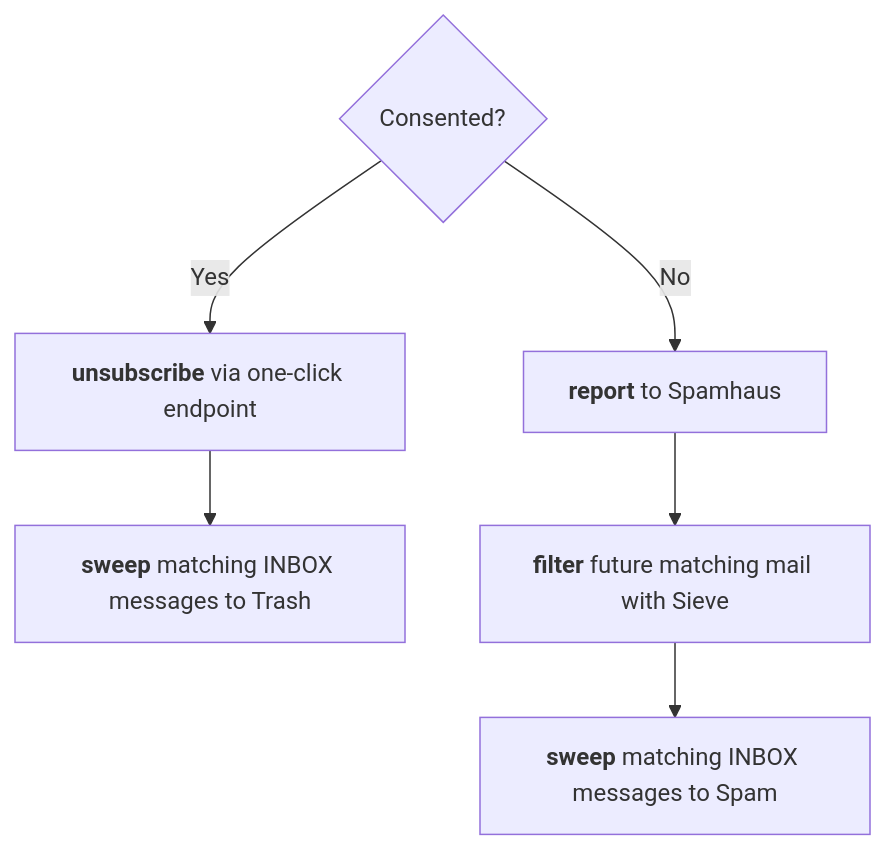
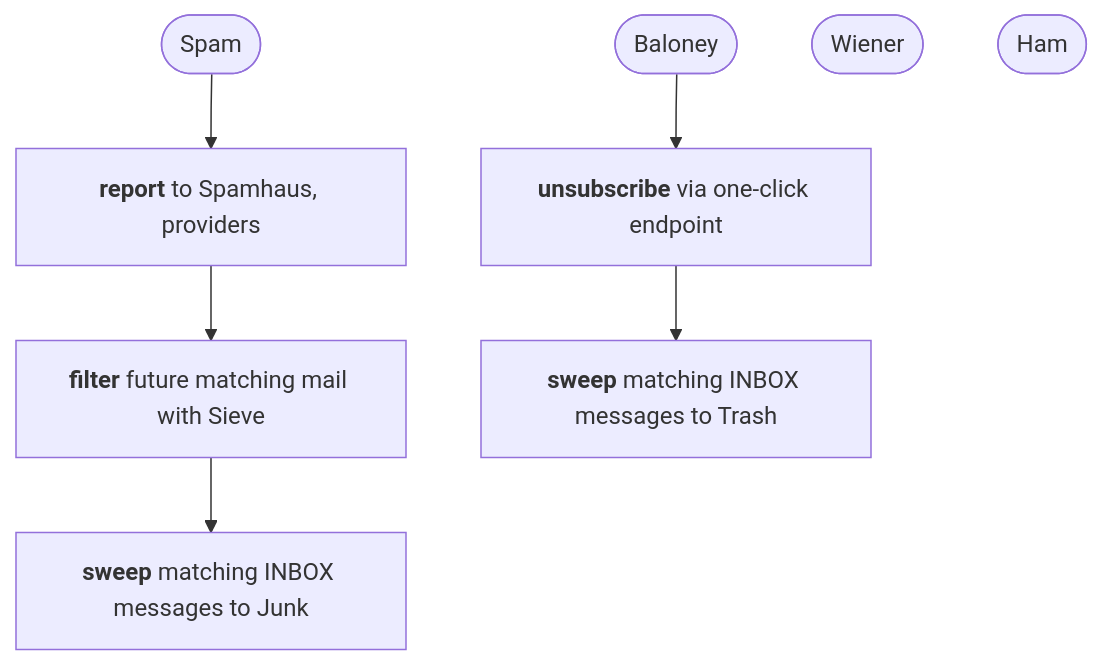
One commit to biobuddies/spamhammer changed the diagram in README.md. Above: the diagram before and after it, drawn with Mermaid. The commit also changed other lines of this file and 7 other files, not shown here.

First line of the commit message:
Sort mail into meats; sweep spam to Junk

````diff
--- a/README.md
+++ b/README.md
@@ -1,9 +1,10 @@
 ```mermaid
 flowchart TD
-    consent{Consented?}
-    consent -->|Yes| unsubscribe["`**unsubscribe** via one-click endpoint`"]
-    consent -->|No| report["`**report** to Spamhaus`"]
+    spam([Spam]) --> report["`**report** to Spamhaus, providers`"]
+    report --> filter["`**filter** future matching mail with Sieve`"]
+    filter --> junk["`**sweep** matching INBOX messages to Junk`"]
+    baloney([Baloney]) --> unsubscribe["`**unsubscribe** via one-click endpoint`"]
     unsubscribe --> trash["`**sweep** matching INBOX messages to Trash`"]
-    report --> filter["`**filter** future matching mail with Sieve`"]
-    filter --> spam["`**sweep** matching INBOX messages to Spam`"]
+    wiener([Wiener])
+    ham([Ham])
 ```
````
